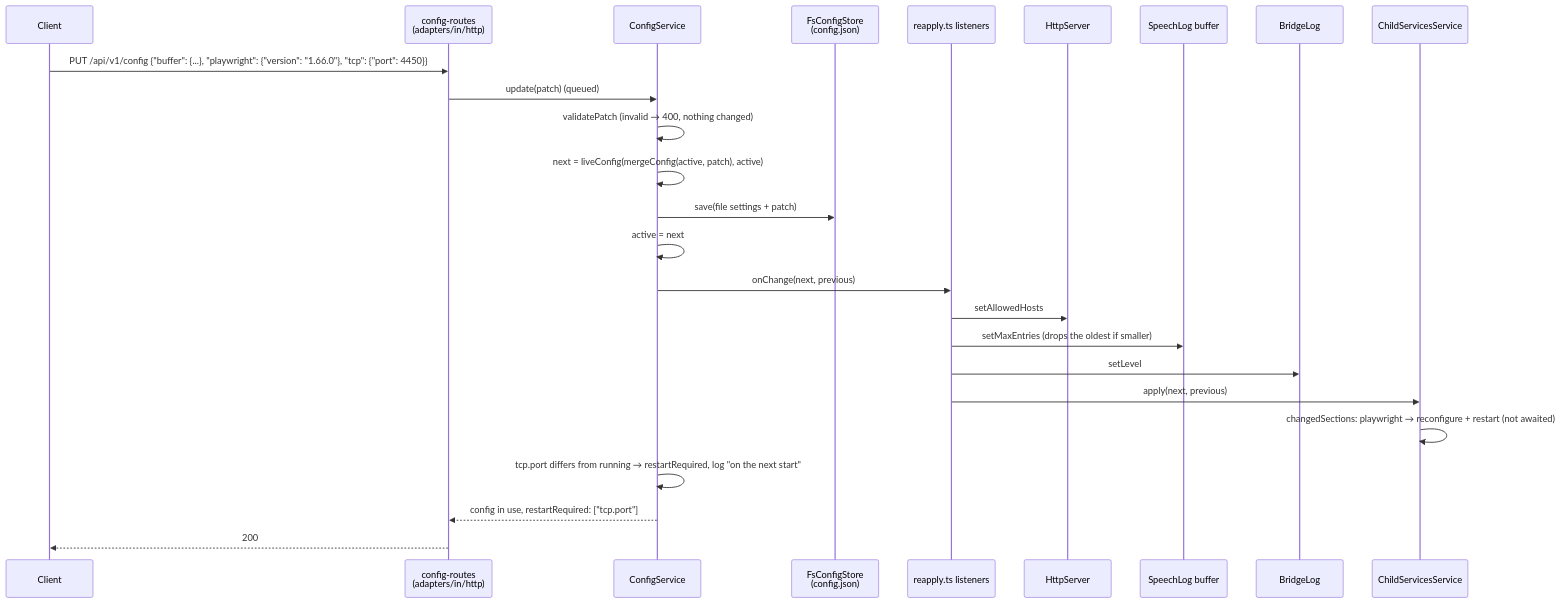
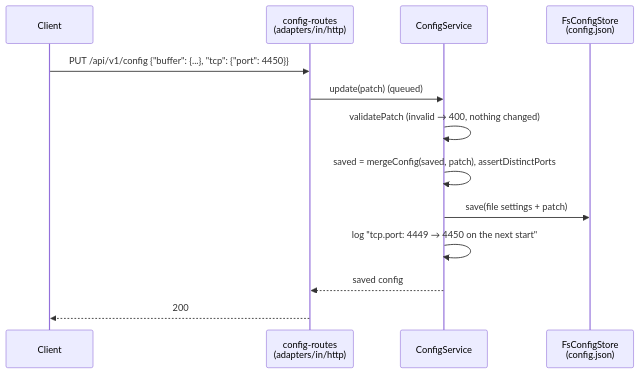
One commit to TimoSto/screenreader-speech-capture changed the diagram in docs/implementation/flows/config.md. Above: the diagram before and after it, drawn with Mermaid. The commit also changed other lines of this file and 52 other files, not shown here.

First line of the commit message:
fix(bridge,client)!: apply config changes on the next start (#139)

````diff
--- a/docs/implementation/flows/config.md
+++ b/docs/implementation/flows/config.md
@@ -19,28 +19,16 @@
 ```mermaid
 sequenceDiagram
     participant C as Client
     participant R as config-routes<br/>(adapters/in/http)
     participant CS as ConfigService
     participant F as FsConfigStore<br/>(config.json)
-    participant RA as reapply.ts listeners
-    participant H as HttpServer
-    participant Buf as SpeechLog buffer
-    participant Log as BridgeLog
-    participant Ch as ChildServicesService
 
-    C->>R: PUT /api/v1/config {"buffer": {...}, "playwright": {"version": "1.66.0"}, "tcp": {"port": 4450}}
+    C->>R: PUT /api/v1/config {"buffer": {...}, "tcp": {"port": 4450}}
     R->>CS: update(patch) (queued)
     CS->>CS: validatePatch (invalid → 400, nothing changed)
-    CS->>CS: next = liveConfig(mergeConfig(active, patch), active)
+    CS->>CS: saved = mergeConfig(saved, patch), assertDistinctPorts
     CS->>F: save(file settings + patch)
-    CS->>CS: active = next
-    CS->>RA: onChange(next, previous)
-    RA->>H: setAllowedHosts
-    RA->>Buf: setMaxEntries (drops the oldest if smaller)
-    RA->>Log: setLevel
-    RA->>Ch: apply(next, previous)
-    Ch->>Ch: changedSections: playwright → reconfigure + restart (not awaited)
-    CS->>CS: tcp.port differs from running → restartRequired, log "on the next start"
-    CS-->>R: config in use, restartRequired: ["tcp.port"]
+    CS->>CS: log "tcp.port: 4449 → 4450 on the next start"
+    CS-->>R: saved config
     R-->>C: 200
 ```
````
